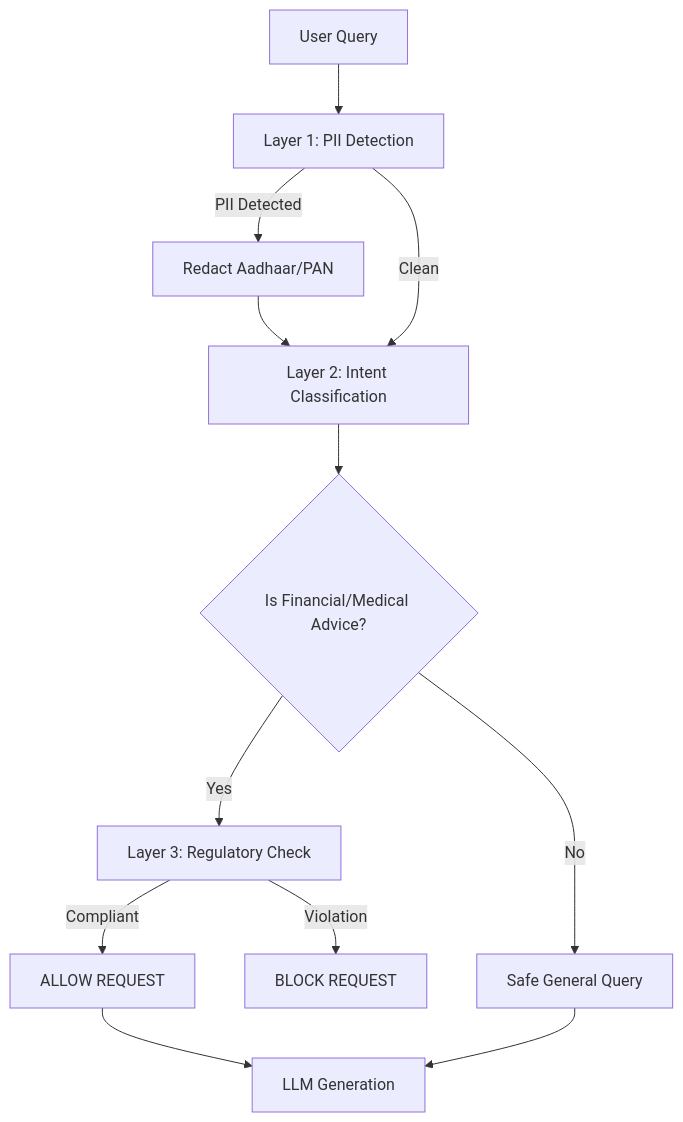
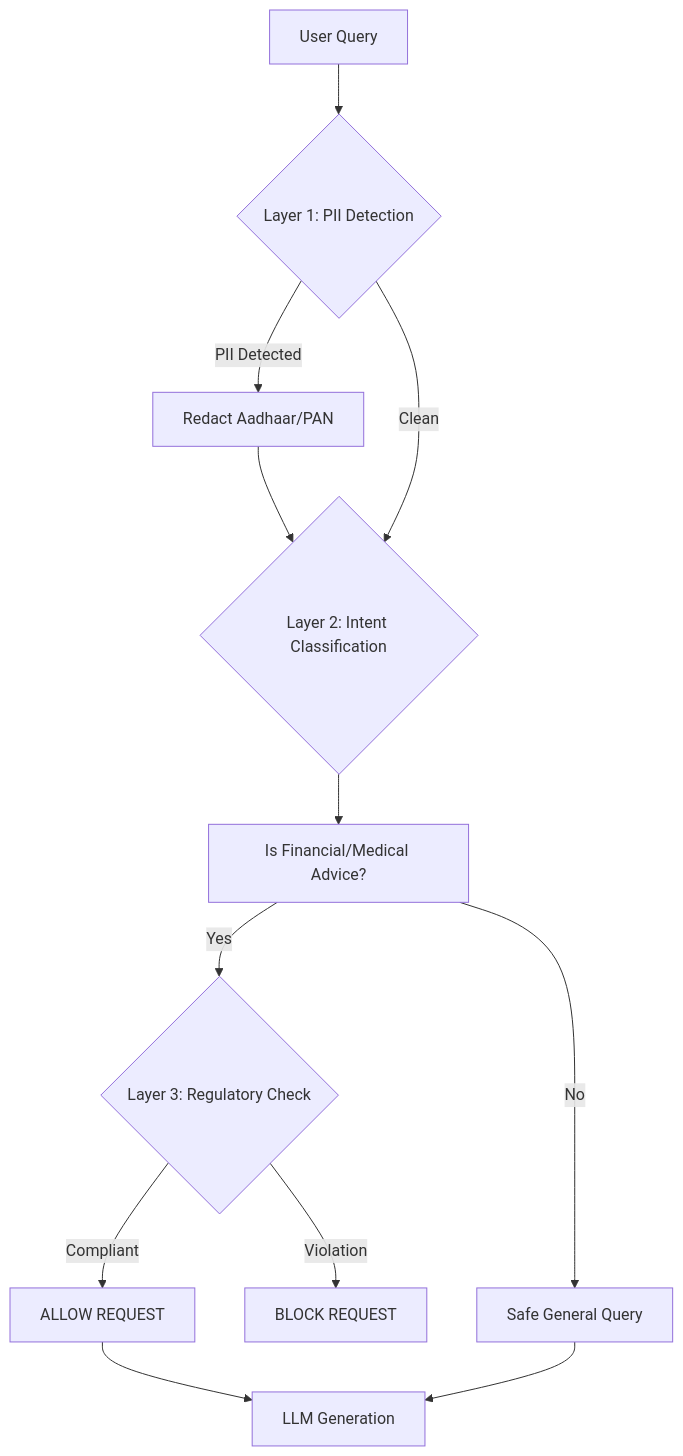
One commit to Alkur123/india-ai-safety-and-governance-engine changed the diagram in REQUIREMENTS.md. Above: the diagram before and after it, drawn with Mermaid. The commit also changed other lines of this file, not shown here.

````diff
--- a/REQUIREMENTS.md
+++ b/REQUIREMENTS.md
@@ -44,20 +45,14 @@
 ```mermaid
 graph TD
-    A[User Query] --> B[Layer 1: PII Detection]
-
-    B -->|PII Detected| C[Redact Aadhaar/PAN]
-    C --> D[Layer 2: Intent Classification]
-
-    B -->|Clean| D
-
-    D --> E{Is Financial/Medical Advice?}
-
-    E -->|Yes| F[Layer 3: Regulatory Check]
-    E -->|No| G[Safe General Query]
-
-    F -->|Violation| H[BLOCK REQUEST]
-    F -->|Compliant| I[ALLOW REQUEST]
-
+    A[User Query] --> B{Layer 1: PII Detection}
+    B -- PII Detected --> C[Redact Aadhaar/PAN]
+    C --> D{Layer 2: Intent Classification}
+    B -- Clean --> D
+    D --> E[Is Financial/Medical Advice?]
+    E -- Yes --> F{Layer 3: Regulatory Check}
+    E -- No --> G[Safe General Query]
+    F -- Violation --> H[BLOCK REQUEST]
+    F -- Compliant --> I[ALLOW REQUEST]
     I --> J[LLM Generation]
     G --> J
 ```
````
